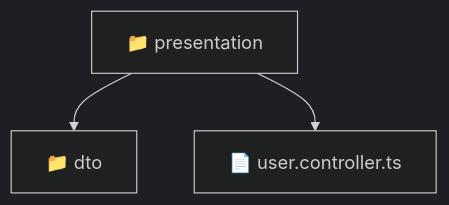
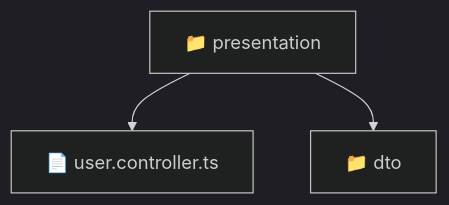
The diagram in backend/src/modules/user/presentation/README.md (beginwebdev2002/fullstack-mavluda), drawn with Mermaid (dark theme) before and after one commit. The commit also changed other lines of this file and 166 other files, not shown here.

First line of the commit message:
docs: generate repository-wide architectural README files

````diff
--- a/backend/src/modules/user/presentation/README.md
+++ b/backend/src/modules/user/presentation/README.md
@@ -9,6 +11,8 @@
 ```mermaid
 graph TD
-  Root["📁 presentation"]
-  Root --> dto["📁 dto"]
-  Root --> user_controller_ts["📄 user.controller.ts"]
+  f_Root_presentation["📁 presentation"]
+  f_user_controller_ts["📄 user.controller.ts"]
+  f_Root_presentation --> f_user_controller_ts
+  f_Dir_dto["📁 dto"]
+  f_Root_presentation --> f_Dir_dto
 ```
````
